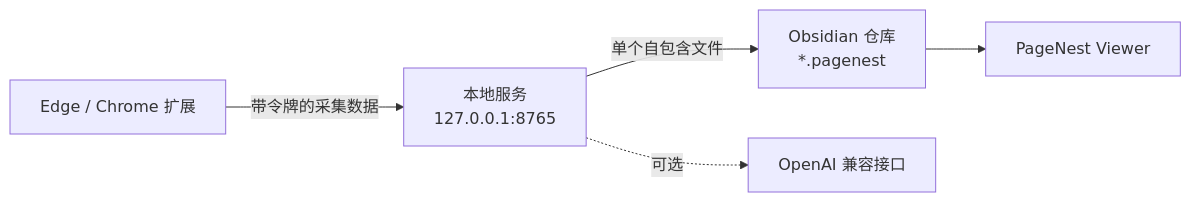
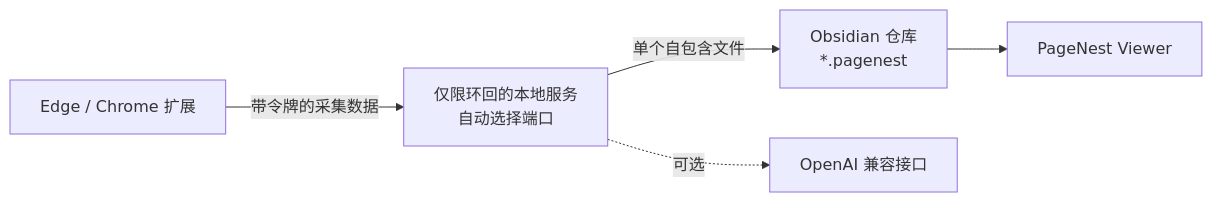
The diagram in README.zh-CN.md (WYuHuai/PageNest), drawn with Mermaid before and after one commit. The commit also changed other lines of this file and 6 other files, not shown here.

````diff
--- a/README.zh-CN.md
+++ b/README.zh-CN.md
@@ -31,7 +31,7 @@
 ```mermaid
 flowchart LR
-    E["Edge / Chrome 扩展"] -->|"带令牌的采集数据"| S["本地服务<br/>127.0.0.1:8765"]
+    E["Edge / Chrome 扩展"] -->|"带令牌的采集数据"| S["仅限环回的本地服务<br/>自动选择端口"]
     S -->|"单个自包含文件"| V["Obsidian 仓库<br/>*.pagenest"]
     V --> P["PageNest Viewer"]
     S -. "可选" .-> A["OpenAI 兼容接口"]
 ```
````
